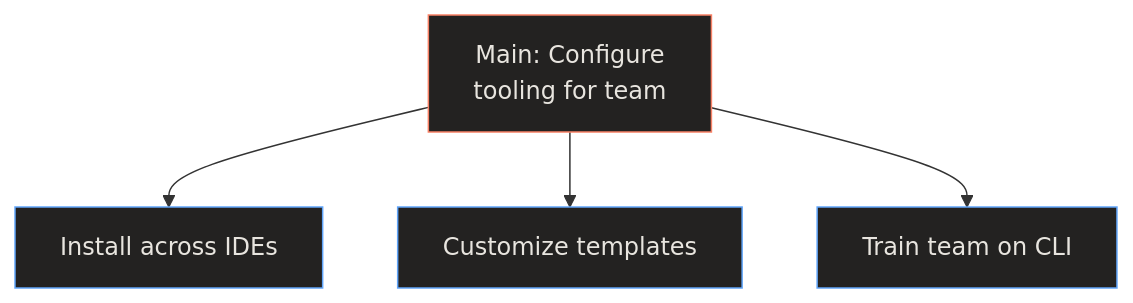
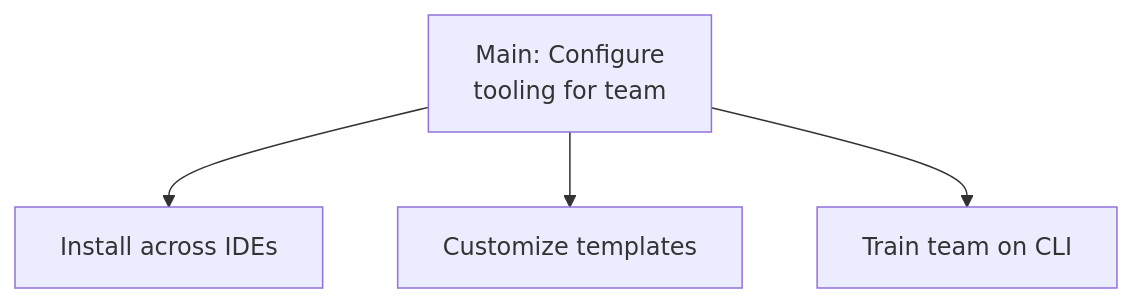
One commit to relukdev/doc-kit changed the diagram in astro-site/src/content/docs/jtbd/configure-tooling.md. Above: the diagram before and after it, drawn with Mermaid. The commit also changed 48 other files, not shown here.

First line of the commit message:
fix: remove hard-coded Mermaid dark-mode colors, use native themes for light/dark

````diff
--- a/astro-site/src/content/docs/jtbd/configure-tooling.md
+++ b/astro-site/src/content/docs/jtbd/configure-tooling.md
@@ -28,16 +28,12 @@
 ```mermaid
 graph TB
-    style MJ fill:#232221,stroke:#f78166,color:#E8E5DF
-    style SJ1 fill:#232221,stroke:#60A5FA,color:#E8E5DF
-    style SJ2 fill:#232221,stroke:#60A5FA,color:#E8E5DF
-    style SJ3 fill:#232221,stroke:#60A5FA,color:#E8E5DF
 
     MJ["Main: Configure\ntooling for team"]
     SJ1["Install across IDEs"]
     SJ2["Customize templates"]
     SJ3["Train team on CLI"]
 
     MJ --> SJ1
     MJ --> SJ2
     MJ --> SJ3
 ```
````
